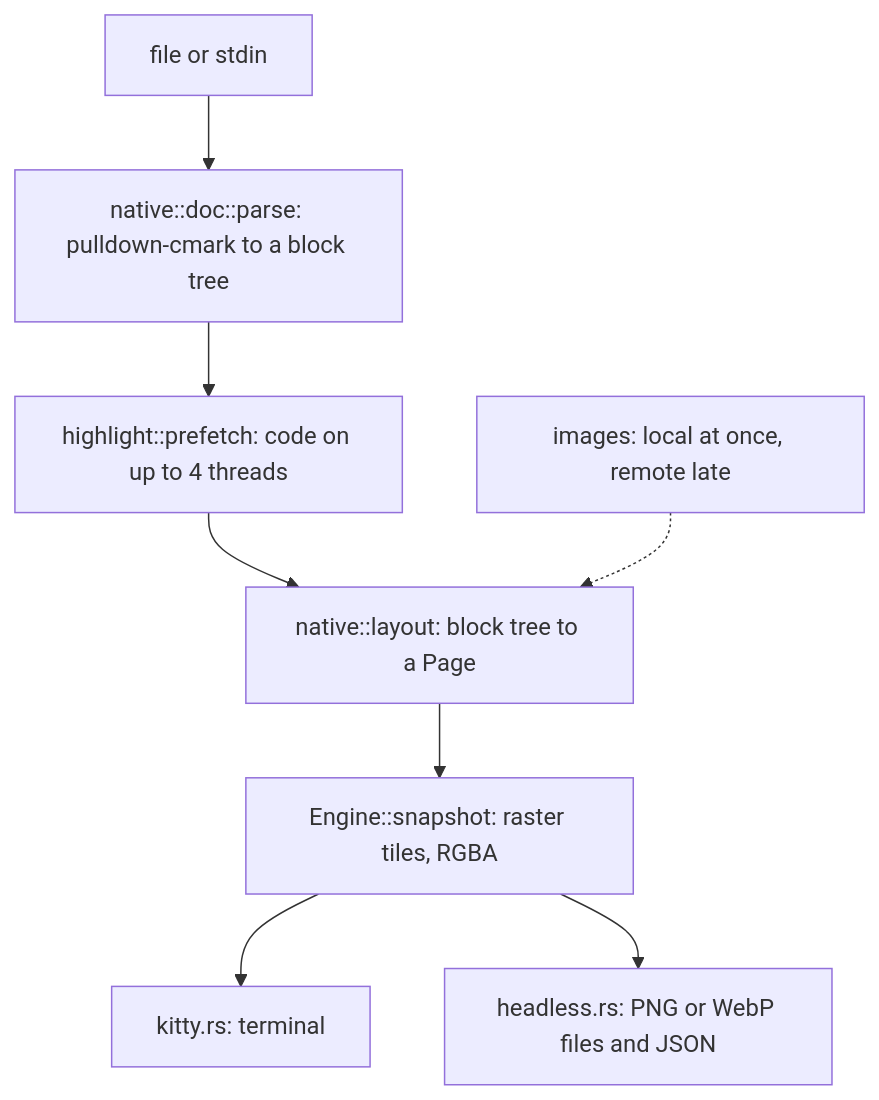
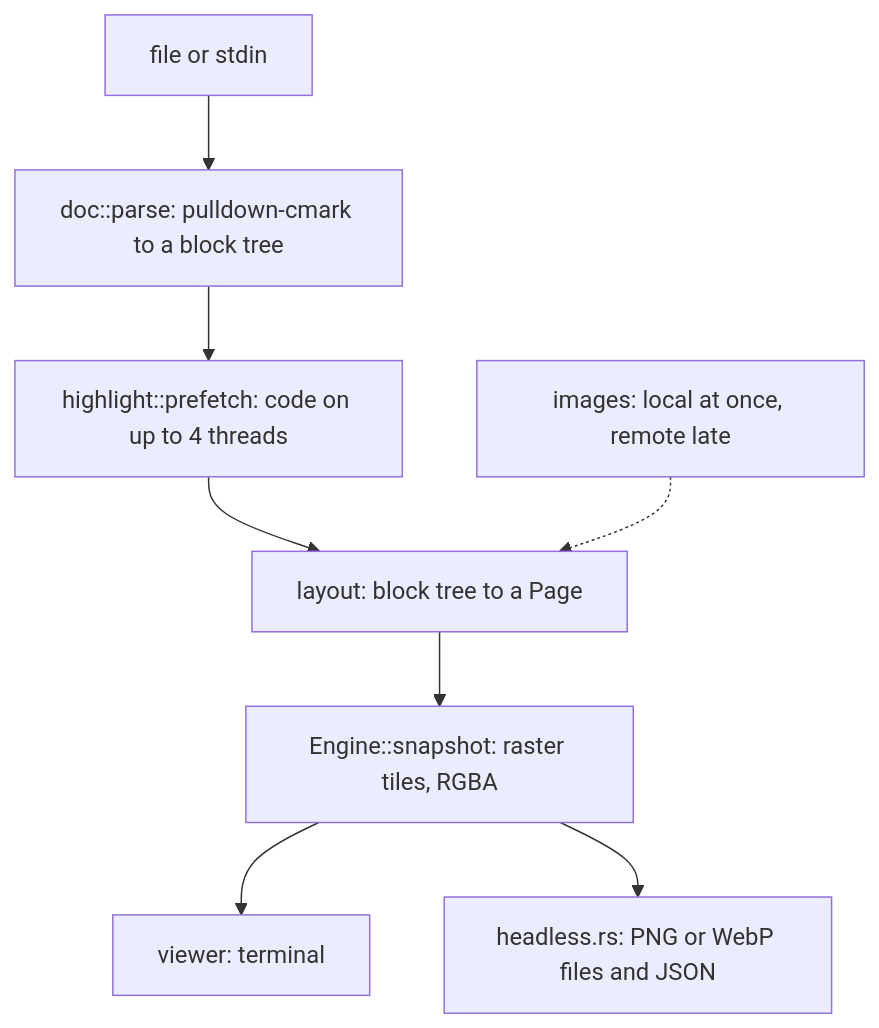
Before and after one commit to qu8n/mddog: the first of 3 diagrams in ARCHITECTURE.md, drawn with Mermaid. The commit also changed other lines of this file and 55 other files, not shown here.

````diff
--- a/ARCHITECTURE.md
+++ b/ARCHITECTURE.md
@@ -83,10 +85,10 @@
 ```mermaid
 flowchart TD
-  A["file or stdin"] --> B["native::doc::parse: pulldown-cmark to a block tree"]
+  A["file or stdin"] --> B["doc::parse: pulldown-cmark to a block tree"]
   B --> C["highlight::prefetch: code on up to 4 threads"]
-  C --> D["native::layout: block tree to a Page"]
+  C --> D["layout: block tree to a Page"]
   D --> E["Engine::snapshot: raster tiles, RGBA"]
-  E --> F["kitty.rs: terminal"]
+  E --> F["viewer: terminal"]
   E --> G["headless.rs: PNG or WebP files and JSON"]
   H["images: local at once, remote late"] -.-> D
 ```
````
